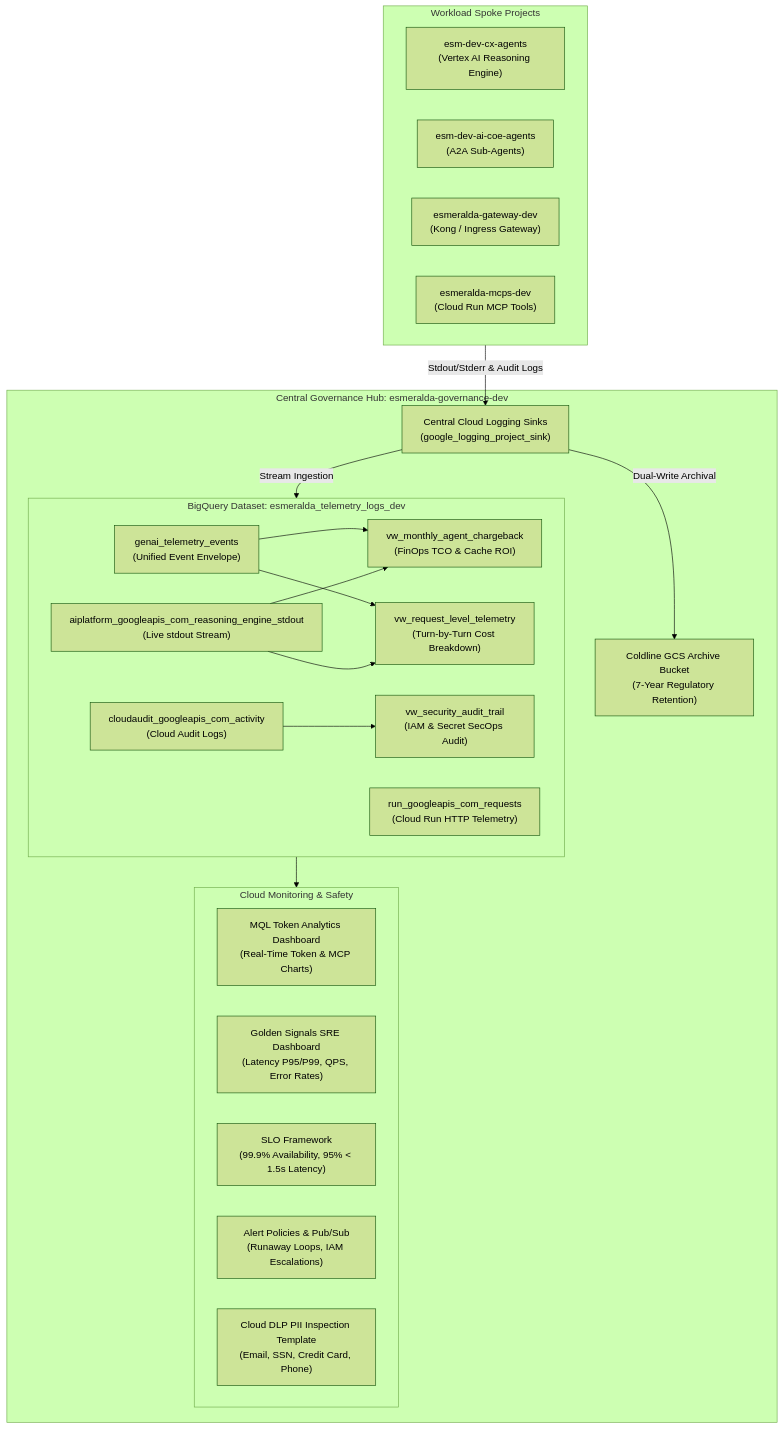
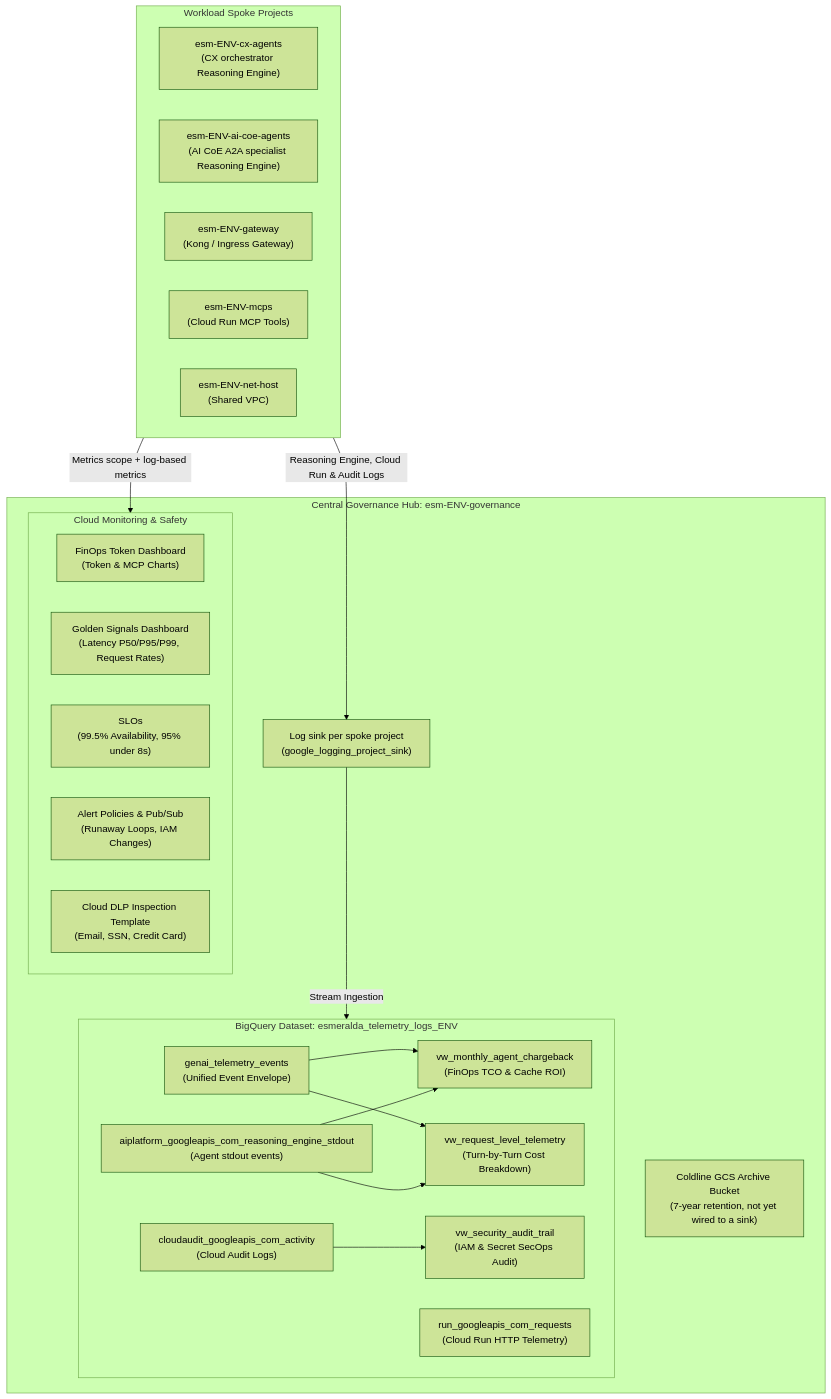
The first of 2 diagrams in docs/3-agentops-and-lifecycle/03-centralized-monitoring-and-dashboards.md (google/esmeralda), drawn with Mermaid (forest theme) before and after one commit. The commit also changed other lines of this file and 15 other files, not shown here.

First line of the commit message:
docs: revise all docs for team-based names and current architecture

````diff
--- a/docs/3-agentops-and-lifecycle/03-centralized-monitoring-and-dashboards.md
+++ b/docs/3-agentops-and-lifecycle/03-centralized-monitoring-and-dashboards.md
@@ -7,42 +9,42 @@
 ```mermaid
 flowchart TD
     subgraph Spokes["Workload Spoke Projects"]
-        RA["esm-dev-cx-agents<br/>(Vertex AI Reasoning Engine)"]
-        A2A["esm-dev-ai-coe-agents<br/>(A2A Sub-Agents)"]
-        GW["esmeralda-gateway-dev<br/>(Kong / Ingress Gateway)"]
-        MCP["esmeralda-mcps-dev<br/>(Cloud Run MCP Tools)"]
+        CX["esm-ENV-cx-agents<br/>(CX orchestrator Reasoning Engine)"]
+        AICOE["esm-ENV-ai-coe-agents<br/>(AI CoE A2A specialist Reasoning Engine)"]
+        GW["esm-ENV-gateway<br/>(Kong / Ingress Gateway)"]
+        MCP["esm-ENV-mcps<br/>(Cloud Run MCP Tools)"]
+        NET["esm-ENV-net-host<br/>(Shared VPC)"]
     end
 
-    subgraph Hub["Central Governance Hub: esmeralda-governance-dev"]
-        SINK["Central Cloud Logging Sinks<br/>(google_logging_project_sink)"]
-        
-        subgraph BigQuery["BigQuery Dataset: esmeralda_telemetry_logs_dev"]
+    subgraph Hub["Central Governance Hub: esm-ENV-governance"]
+        SINK["Log sink per spoke project<br/>(google_logging_project_sink)"]
+
+        subgraph BigQuery["BigQuery Dataset: esmeralda_telemetry_logs_ENV"]
             ENV["genai_telemetry_events<br/>(Unified Event Envelope)"]
             AUDIT_TBL["cloudaudit_googleapis_com_activity<br/>(Cloud Audit Logs)"]
-            STDOUT_TBL["aiplatform_googleapis_com_reasoning_engine_stdout<br/>(Live stdout Stream)"]
+            STDOUT_TBL["aiplatform_googleapis_com_reasoning_engine_stdout<br/>(Agent stdout events)"]
             RUN_TBL["run_googleapis_com_requests<br/>(Cloud Run HTTP Telemetry)"]
-            
+
             VW1["vw_monthly_agent_chargeback<br/>(FinOps TCO & Cache ROI)"]
             VW2["vw_request_level_telemetry<br/>(Turn-by-Turn Cost Breakdown)"]
             VW3["vw_security_audit_trail<br/>(IAM & Secret SecOps Audit)"]
         end
 
-        GCS["Coldline GCS Archive Bucket<br/>(7-Year Regulatory Retention)"]
-        
+        GCS["Coldline GCS Archive Bucket<br/>(7-year retention, not yet wired to a sink)"]
+
         subgraph Monitoring["Cloud Monitoring & Safety"]
-            MQL["MQL Token Analytics Dashboard<br/>(Real-Time Token & MCP Charts)"]
-            GOLD["Golden Signals SRE Dashboard<br/>(Latency P95/P99, QPS, Error Rates)"]
-            SLO["SLO Framework<br/>(99.9% Availability, 95% < 1.5s Latency)"]
-            ALERTS["Alert Policies & Pub/Sub<br/>(Runaway Loops, IAM Escalations)"]
-            DLP["Cloud DLP PII Inspection Template<br/>(Email, SSN, Credit Card, Phone)"]
+            MQL["FinOps Token Dashboard<br/>(Token & MCP Charts)"]
+            GOLD["Golden Signals Dashboard<br/>(Latency P50/P95/P99, Request Rates)"]
+            SLO["SLOs<br/>(99.5% Availability, 95% under 8s)"]
+            ALERTS["Alert Policies & Pub/Sub<br/>(Runaway Loops, IAM Changes)"]
+            DLP["Cloud DLP Inspection Template<br/>(Email, SSN, Credit Card)"]
         end
     end
 
-    Spokes -->|Stdout/Stderr & Audit Logs| SINK
+    Spokes -->|Reasoning Engine, Cloud Run & Audit Logs| SINK
     SINK -->|Stream Ingestion| BigQuery
-    SINK -->|Dual-Write Archival| GCS
     ENV --> VW1 & VW2
     STDOUT_TBL --> VW1 & VW2
     AUDIT_TBL --> VW3
-    BigQuery --> Monitoring
+    Spokes -->|Metrics scope + log-based metrics| Monitoring
 ```
````
